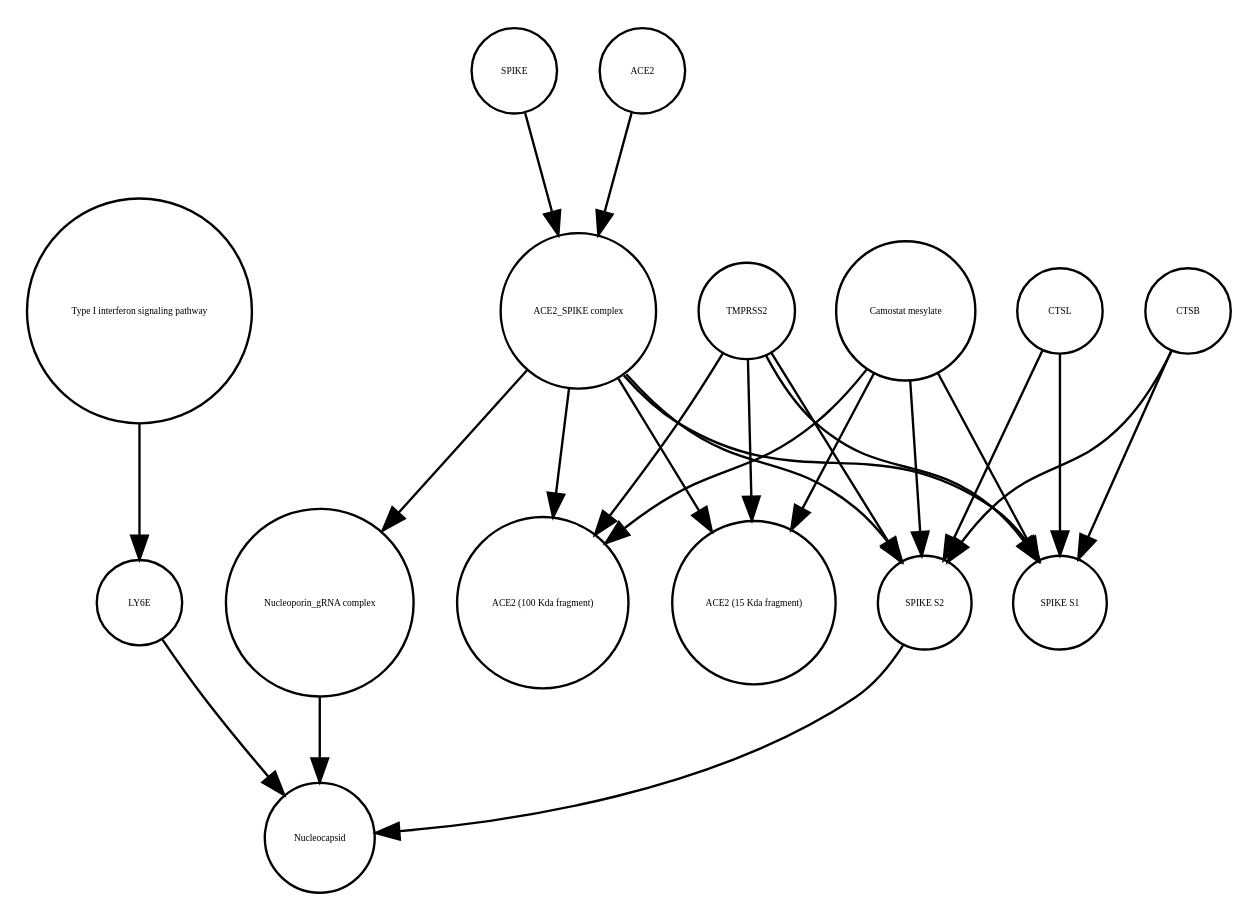
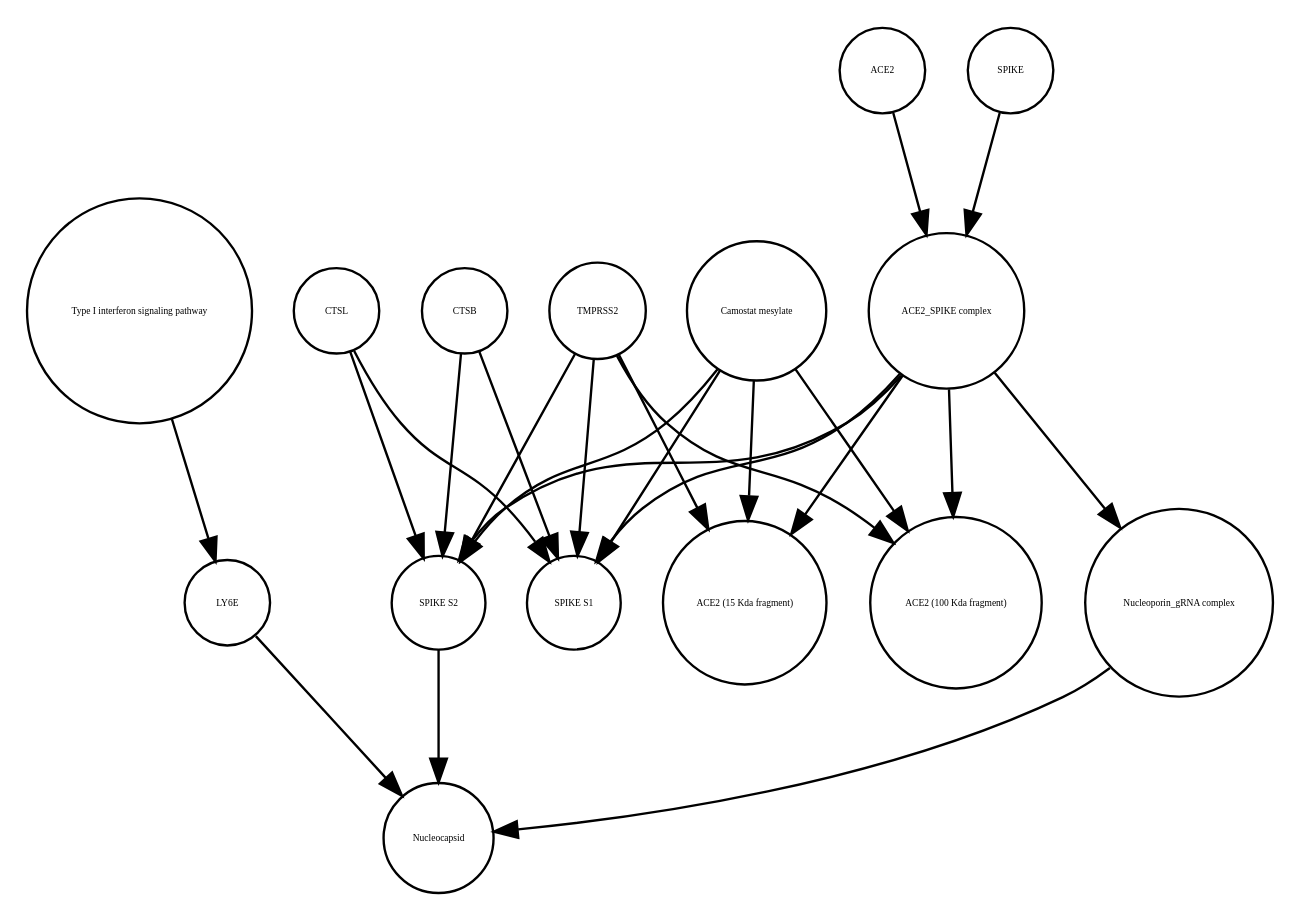
Before and after one commit to cannin/covid19-sbgn: the diagram in Virus_replication_cycle_V02.xml_projected.dot, drawn with Graphviz. The commit also changed other lines of this file and 613 other files, not shown here.

```diff
--- a/Virus_replication_cycle_V02.xml_projected.dot
+++ b/Virus_replication_cycle_V02.xml_projected.dot
@@ -1,40 +1,40 @@
 strict digraph  {
 "Type I interferon signaling pathway" [annotation="", bipartite=0, cls=phenotype, fontsize=4, label="Type I interferon signaling pathway", shape=circle];
 LY6E [annotation="", bipartite=0, cls=macromolecule, fontsize=4, label=LY6E, shape=circle];
+CTSB [annotation="", bipartite=0, cls=macromolecule, fontsize=4, label=CTSB, shape=circle];
+CTSL [annotation="", bipartite=0, cls=macromolecule, fontsize=4, label=CTSL, shape=circle];
+TMPRSS2 [annotation="", bipartite=0, cls=macromolecule, fontsize=4, label=TMPRSS2, shape=circle];
+ACE2 [annotation="", bipartite=0, cls=macromolecule, fontsize=4, label=ACE2, shape=circle];
+"ACE2 (15 Kda fragment)" [annotation="", bipartite=0, cls=macromolecule, fontsize=4, label="ACE2 (15 Kda fragment)", shape=circle];
+"Camostat mesylate" [annotation="urn_miriam_pubchem.compound_2536", bipartite=0, cls="simple chemical", fontsize=4, label="Camostat mesylate", shape=circle];
+"Nucleoporin_gRNA complex " [annotation="", bipartite=0, cls=complex, fontsize=4, label="Nucleoporin_gRNA complex ", shape=circle];
+SPIKE [annotation="", bipartite=0, cls="macromolecule multimer", fontsize=4, label=SPIKE, shape=circle];
+"SPIKE S2" [annotation="", bipartite=0, cls=macromolecule, fontsize=4, label="SPIKE S2", shape=circle];
+"SPIKE S1" [annotation="", bipartite=0, cls=macromolecule, fontsize=4, label="SPIKE S1", shape=circle];
+"ACE2 (100 Kda fragment)" [annotation="", bipartite=0, cls=macromolecule, fontsize=4, label="ACE2 (100 Kda fragment)", shape=circle];
 "ACE2_SPIKE complex" [annotation="", bipartite=0, cls=complex, fontsize=4, label="ACE2_SPIKE complex", shape=circle];
-"SPIKE S2" [annotation="", bipartite=0, cls=macromolecule, fontsize=4, label="SPIKE S2", shape=circle];
-"ACE2 (100 Kda fragment)" [annotation="", bipartite=0, cls=macromolecule, fontsize=4, label="ACE2 (100 Kda fragment)", shape=circle];
-TMPRSS2 [annotation="", bipartite=0, cls=macromolecule, fontsize=4, label=TMPRSS2, shape=circle];
-"Nucleoporin_gRNA complex " [annotation="", bipartite=0, cls=complex, fontsize=4, label="Nucleoporin_gRNA complex ", shape=circle];
-"Camostat mesylate" [annotation="urn_miriam_pubchem.compound_2536", bipartite=0, cls="simple chemical", fontsize=4, label="Camostat mesylate", shape=circle];
-"ACE2 (15 Kda fragment)" [annotation="", bipartite=0, cls=macromolecule, fontsize=4, label="ACE2 (15 Kda fragment)", shape=circle];
-CTSL [annotation="", bipartite=0, cls=macromolecule, fontsize=4, label=CTSL, shape=circle];
 Nucleocapsid [annotation="", bipartite=0, cls=complex, fontsize=4, label=Nucleocapsid, shape=circle];
-SPIKE [annotation="", bipartite=0, cls="macromolecule multimer", fontsize=4, label=SPIKE, shape=circle];
-"SPIKE S1" [annotation="", bipartite=0, cls=macromolecule, fontsize=4, label="SPIKE S1", shape=circle];
-ACE2 [annotation="", bipartite=0, cls=macromolecule, fontsize=4, label=ACE2, shape=circle];
-CTSB [annotation="", bipartite=0, cls=macromolecule, fontsize=4, label=CTSB, shape=circle];
 "Type I interferon signaling pathway" -> LY6E  [annotation="", interaction_type=stimulation];
 LY6E -> Nucleocapsid  [annotation="urn_miriam_doi_10.1101%2F2020.03.05.979260|urn_miriam_doi_10.1101%2F2020.04.02.021469", interaction_type=inhibition];
-"ACE2_SPIKE complex" -> "SPIKE S2"  [annotation="", interaction_type=production];
-"ACE2_SPIKE complex" -> "ACE2 (100 Kda fragment)"  [annotation="", interaction_type=production];
-"ACE2_SPIKE complex" -> "ACE2 (15 Kda fragment)"  [annotation="", interaction_type=production];
-"ACE2_SPIKE complex" -> "SPIKE S1"  [annotation="", interaction_type=production];
-"ACE2_SPIKE complex" -> "Nucleoporin_gRNA complex "  [annotation="urn_miriam_pubmed_32142651|urn_miriam_pubmed_32094589", interaction_type=stimulation];
-"SPIKE S2" -> Nucleocapsid  [annotation="", interaction_type=stimulation];
-TMPRSS2 -> "ACE2 (15 Kda fragment)"  [annotation="urn_miriam_pubmed_32142651|urn_miriam_pubmed_32094589|urn_miriam_pubmed_24227843", interaction_type=catalysis];
-TMPRSS2 -> "SPIKE S1"  [annotation="urn_miriam_pubmed_32142651|urn_miriam_pubmed_32094589|urn_miriam_pubmed_24227843", interaction_type=catalysis];
-TMPRSS2 -> "SPIKE S2"  [annotation="urn_miriam_pubmed_32142651|urn_miriam_pubmed_32094589|urn_miriam_pubmed_24227843", interaction_type=catalysis];
-TMPRSS2 -> "ACE2 (100 Kda fragment)"  [annotation="urn_miriam_pubmed_32142651|urn_miriam_pubmed_32094589|urn_miriam_pubmed_24227843", interaction_type=catalysis];
-"Nucleoporin_gRNA complex " -> Nucleocapsid  [annotation="", interaction_type=production];
-"Camostat mesylate" -> "ACE2 (15 Kda fragment)"  [annotation="urn_miriam_pubmed_32142651|urn_miriam_pubmed_32094589|urn_miriam_pubmed_24227843", interaction_type=inhibition];
-"Camostat mesylate" -> "SPIKE S1"  [annotation="urn_miriam_pubmed_32142651|urn_miriam_pubmed_32094589|urn_miriam_pubmed_24227843", interaction_type=inhibition];
-"Camostat mesylate" -> "SPIKE S2"  [annotation="urn_miriam_pubmed_32142651|urn_miriam_pubmed_32094589|urn_miriam_pubmed_24227843", interaction_type=inhibition];
-"Camostat mesylate" -> "ACE2 (100 Kda fragment)"  [annotation="urn_miriam_pubmed_32142651|urn_miriam_pubmed_32094589|urn_miriam_pubmed_24227843", interaction_type=inhibition];
+CTSB -> "SPIKE S1"  [annotation=urn_miriam_pubmed_32142651, interaction_type=catalysis];
+CTSB -> "SPIKE S2"  [annotation=urn_miriam_pubmed_32142651, interaction_type=catalysis];
 CTSL -> "SPIKE S1"  [annotation=urn_miriam_pubmed_32142651, interaction_type=catalysis];
 CTSL -> "SPIKE S2"  [annotation=urn_miriam_pubmed_32142651, interaction_type=catalysis];
+TMPRSS2 -> "SPIKE S1"  [annotation="urn_miriam_pubmed_32142651|urn_miriam_pubmed_32094589|urn_miriam_pubmed_24227843", interaction_type=catalysis];
+TMPRSS2 -> "ACE2 (100 Kda fragment)"  [annotation="urn_miriam_pubmed_32142651|urn_miriam_pubmed_32094589|urn_miriam_pubmed_24227843", interaction_type=catalysis];
+TMPRSS2 -> "ACE2 (15 Kda fragment)"  [annotation="urn_miriam_pubmed_32142651|urn_miriam_pubmed_32094589|urn_miriam_pubmed_24227843", interaction_type=catalysis];
+TMPRSS2 -> "SPIKE S2"  [annotation="urn_miriam_pubmed_32142651|urn_miriam_pubmed_32094589|urn_miriam_pubmed_24227843", interaction_type=catalysis];
+ACE2 -> "ACE2_SPIKE complex"  [annotation="", interaction_type=production];
+"Camostat mesylate" -> "SPIKE S1"  [annotation="urn_miriam_pubmed_32142651|urn_miriam_pubmed_32094589|urn_miriam_pubmed_24227843", interaction_type=inhibition];
+"Camostat mesylate" -> "ACE2 (100 Kda fragment)"  [annotation="urn_miriam_pubmed_32142651|urn_miriam_pubmed_32094589|urn_miriam_pubmed_24227843", interaction_type=inhibition];
+"Camostat mesylate" -> "ACE2 (15 Kda fragment)"  [annotation="urn_miriam_pubmed_32142651|urn_miriam_pubmed_32094589|urn_miriam_pubmed_24227843", interaction_type=inhibition];
+"Camostat mesylate" -> "SPIKE S2"  [annotation="urn_miriam_pubmed_32142651|urn_miriam_pubmed_32094589|urn_miriam_pubmed_24227843", interaction_type=inhibition];
+"Nucleoporin_gRNA complex " -> Nucleocapsid  [annotation="", interaction_type=production];
 SPIKE -> "ACE2_SPIKE complex"  [annotation="", interaction_type=production];
-ACE2 -> "ACE2_SPIKE complex"  [annotation="", interaction_type=production];
-CTSB -> "SPIKE S1"  [annotation=urn_miriam_pubmed_32142651, interaction_type=catalysis];
-CTSB -> "SPIKE S2"  [annotation=urn_miriam_pubmed_32142651, interaction_type=catalysis];
+"SPIKE S2" -> Nucleocapsid  [annotation="", interaction_type=stimulation];
+"ACE2_SPIKE complex" -> "SPIKE S2"  [annotation="", interaction_type=production];
+"ACE2_SPIKE complex" -> "SPIKE S1"  [annotation="", interaction_type=production];
+"ACE2_SPIKE complex" -> "ACE2 (15 Kda fragment)"  [annotation="", interaction_type=production];
+"ACE2_SPIKE complex" -> "ACE2 (100 Kda fragment)"  [annotation="", interaction_type=production];
+"ACE2_SPIKE complex" -> "Nucleoporin_gRNA complex "  [annotation="urn_miriam_pubmed_32142651|urn_miriam_pubmed_32094589", interaction_type=stimulation];
 }
```
